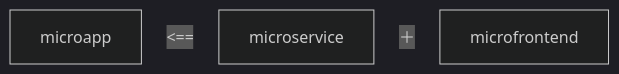
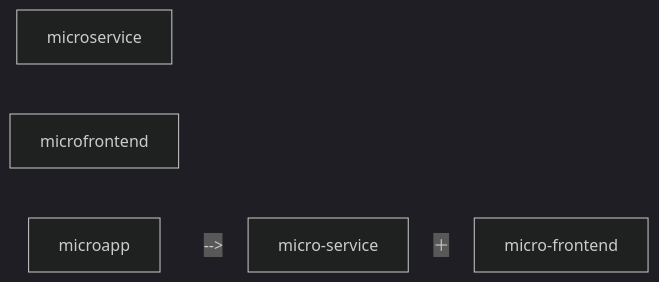
The first of 2 diagrams in blogs/microapp.md (a6h15hek/a6h15hek), drawn with Mermaid (dark theme) before and after one commit. The commit also changed other lines of this file, not shown here.

````diff
--- a/blogs/microapp.md
+++ b/blogs/microapp.md
@@ -16,7 +16,7 @@
 ```mermaid
 flowchart LR
     microservice
     microfrontend
     microapp
-    microapp ~~~ |<==| microservice ~~~ |＋| microfrontend 
+    microapp ~~~ |-->| micro-service ~~~ |＋| micro-frontend 
 ```
````
